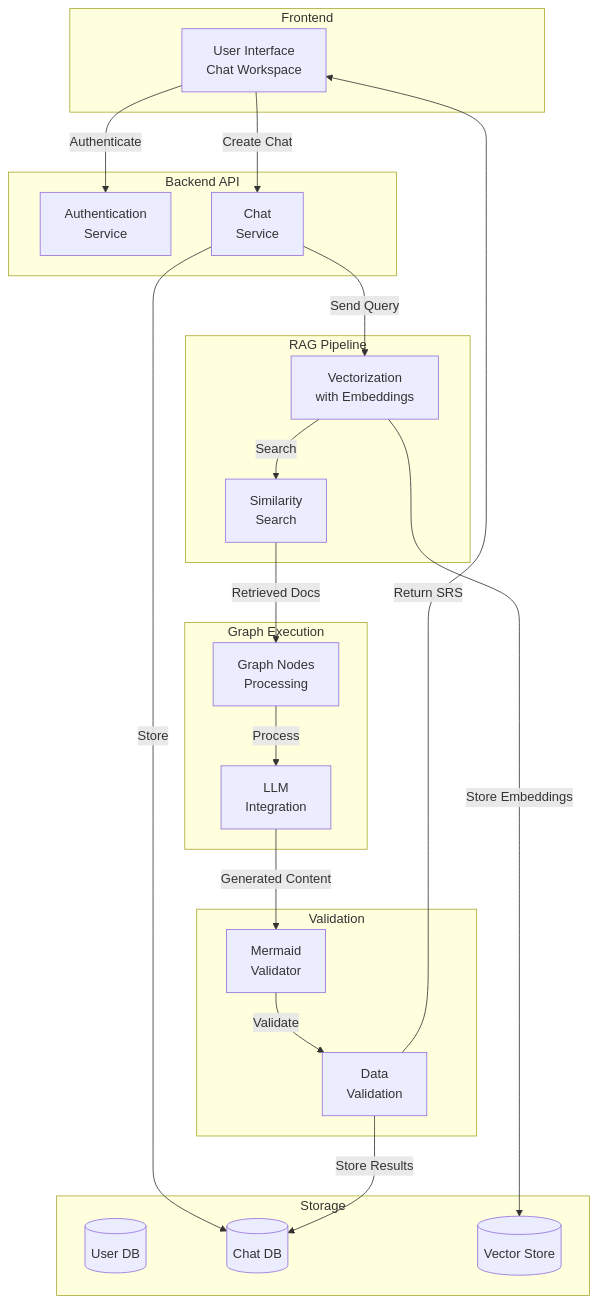
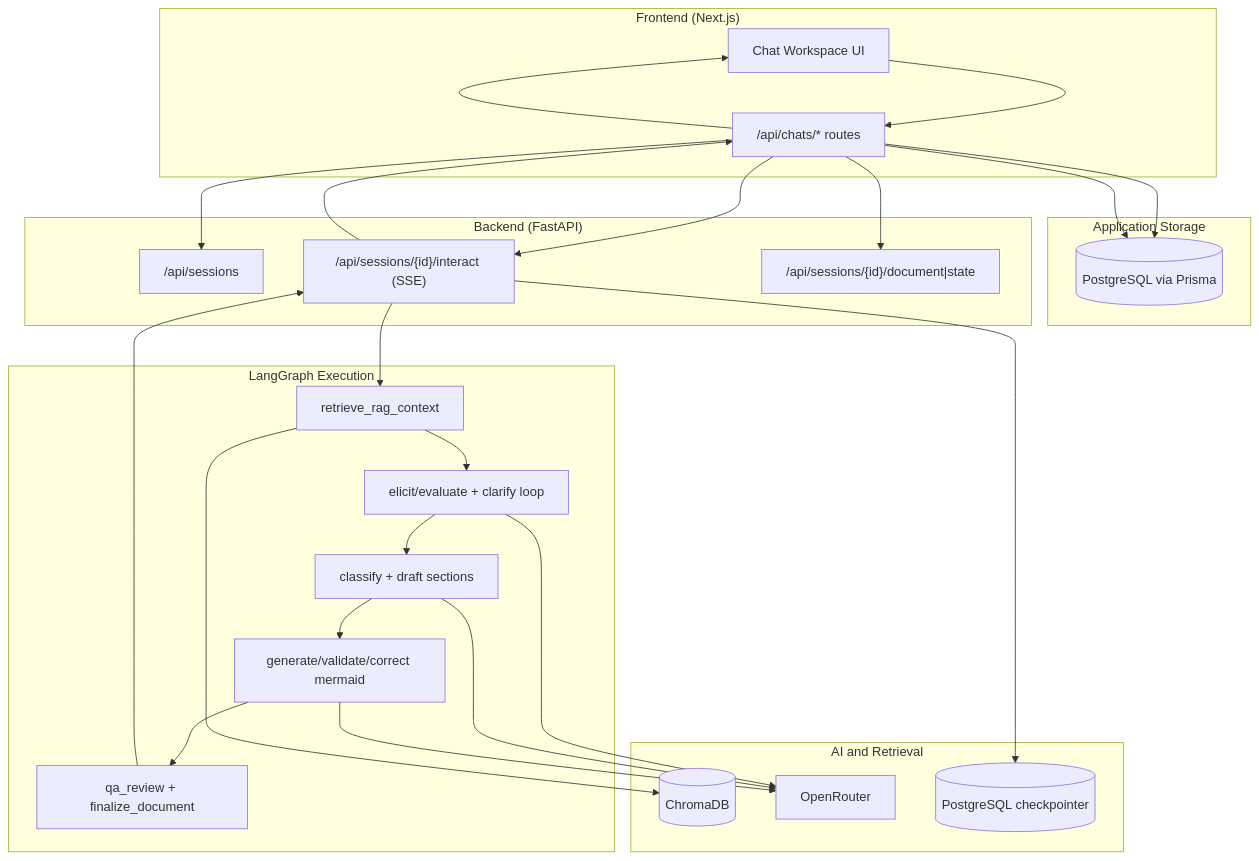
Before and after one commit to Ta1al/automated-SRS-generator: the third of 3 diagrams in documentation/dataflow_diagram.md, drawn with Mermaid. The commit also changed other lines of this file and 3 other files, not shown here.

Commit message:
Update documentation for activity, class, data flow, and ER diagrams

````diff
--- a/documentation/dataflow_diagram.md
+++ b/documentation/dataflow_diagram.md
@@ -34,45 +38,49 @@
 ```mermaid
 graph TD
-    subgraph Frontend
-        UI["User Interface<br/>Chat Workspace"]
+    subgraph Frontend["Frontend (Next.js)"]
+        UI["Chat Workspace UI"]
+        FEApi["/api/chats/* routes"]
     end
-    
-    subgraph Backend["Backend API"]
-        Auth["Authentication<br/>Service"]
-        Chat["Chat<br/>Service"]
+
+    subgraph AppStorage["Application Storage"]
+        PrismaDB[(PostgreSQL via Prisma)]
     end
-    
-    subgraph RAG["RAG Pipeline"]
-        Vectorize["Vectorization<br/>with Embeddings"]
-        Search["Similarity<br/>Search"]
+
+    subgraph Backend["Backend (FastAPI)"]
+        Sessions["/api/sessions"]
+        Interact["/api/sessions/{id}/interact (SSE)"]
+        DocState["/api/sessions/{id}/document|state"]
     end
-    
-    subgraph Graph["Graph Execution"]
-        Nodes["Graph Nodes<br/>Processing"]
-        LLM["LLM<br/>Integration"]
+
+    subgraph GraphExec["LangGraph Execution"]
+        RAG["retrieve_rag_context"]
+        Elicit["elicit/evaluate + clarify loop"]
+        Draft["classify + draft sections"]
+        Mermaid["generate/validate/correct mermaid"]
+        QA["qa_review + finalize_document"]
     end
-    
-    subgraph Validation["Validation"]
-        Mermaid["Mermaid<br/>Validator"]
-        DataCheck["Data<br/>Validation"]
+
+    subgraph AIData["AI and Retrieval"]
+        Chroma[(ChromaDB)]
+        OpenRouter[OpenRouter]
+        Checkpoint[(PostgreSQL checkpointer)]
     end
-    
-    subgraph Storage
-        UserDB[(User DB)]
-        ChatDB[(Chat DB)]
-        VectorDB[(Vector Store)]
-    end
-    
-    UI -->|Authenticate| Auth
-    UI -->|Create Chat| Chat
-    Chat -->|Store| ChatDB
-    Chat -->|Send Query| Vectorize
-    Vectorize -->|Store Embeddings| VectorDB
-    Vectorize -->|Search| Search
-    Search -->|Retrieved Docs| Nodes
-    Nodes -->|Process| LLM
-    LLM -->|Generated Content| Mermaid
-    Mermaid -->|Validate| DataCheck
-    DataCheck -->|Store Results| ChatDB
-    DataCheck -->|Return SRS| UI
+
+    UI --> FEApi
+    FEApi --> PrismaDB
+    FEApi --> Sessions
+    FEApi --> Interact
+    FEApi --> DocState
+
+    Interact --> RAG --> Elicit --> Draft --> Mermaid --> QA
+    RAG --> Chroma
+    Elicit --> OpenRouter
+    Draft --> OpenRouter
+    Mermaid --> OpenRouter
+    Interact --> Checkpoint
+
+    QA --> Interact
+    Interact --> FEApi
+    FEApi --> PrismaDB
+    FEApi --> UI
 ```
````
